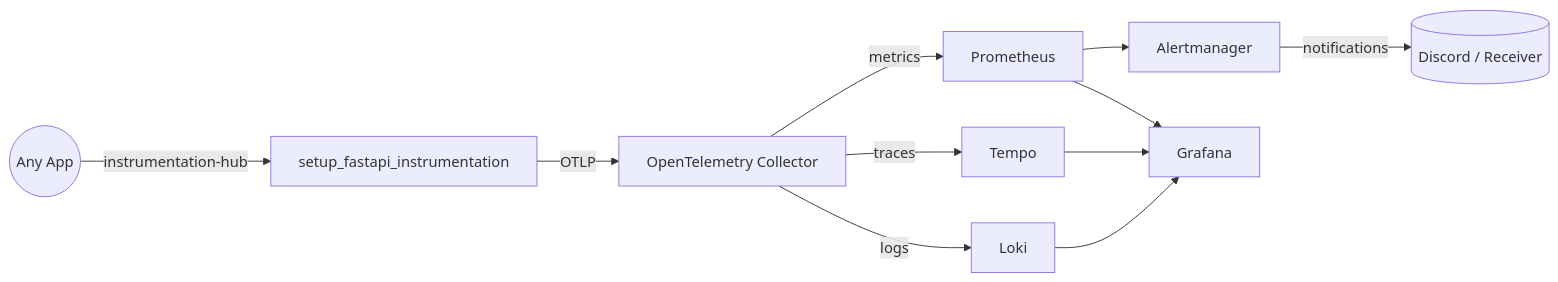
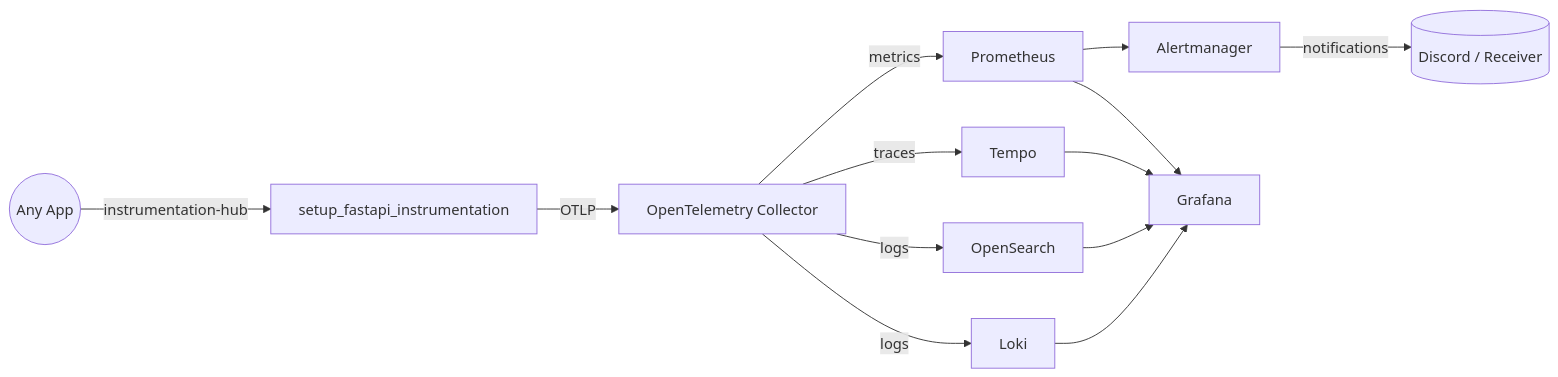
Before and after one commit to vyavasthita/oaas: the diagram in observability/docs/main.md, drawn with Mermaid. The commit also changed other lines of this file and 11 other files, not shown here.

````diff
--- a/observability/docs/main.md
+++ b/observability/docs/main.md
@@ -87,13 +87,15 @@
 ```mermaid
 flowchart LR
     app((Any App)) -->|instrumentation-hub| helper[setup_fastapi_instrumentation]
     helper -->|OTLP| collector[OpenTelemetry Collector]
-    collector -->|logs| loki[Loki]
+  collector -->|logs| loki[Loki]
+  collector -->|logs| opensearch[OpenSearch]
     collector -->|traces| tempo[Tempo]
     collector -->|metrics| prometheus[Prometheus]
     prometheus --> alertmanager[Alertmanager]
     loki --> grafana[Grafana]
+  opensearch --> grafana
     tempo --> grafana
     prometheus --> grafana
     alertmanager -->|notifications| discord[(Discord / Receiver)]
 ```
````
